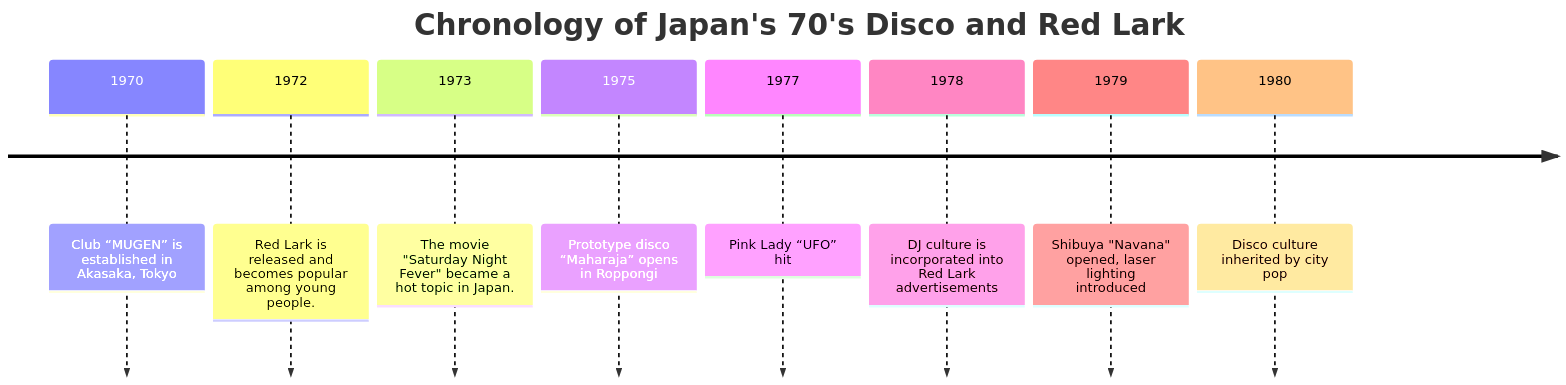
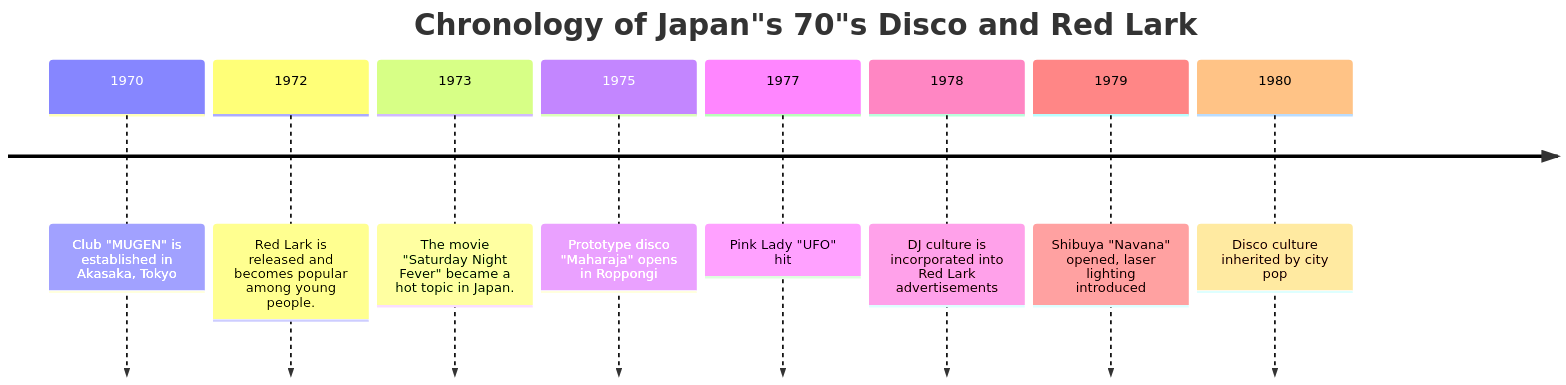
One commit to monumental-movement/monumental-movement.github.io changed the diagram in en/_posts/2025-11-01-column-1970s-disco-redlark.md. Above: the diagram before and after it, drawn with Mermaid. The commit also changed other lines of this file and 1697 other files, not shown here.

```diff
--- a/en/_posts/2025-11-01-column-1970s-disco-redlark.md
+++ b/en/_posts/2025-11-01-column-1970s-disco-redlark.md
@@ -121,14 +122,14 @@
 <div class="mermaid">
 
 timeline
-title Chronology of Japan's 70's Disco and Red Lark
-1970: Club “MUGEN” is established in Akasaka, Tokyo
+title Chronology of Japan"s 70"s Disco and Red Lark
+1970: Club "MUGEN" is established in Akasaka, Tokyo
 1972: Red Lark is released and becomes popular among young people.
 1973: The movie "Saturday Night Fever" became a hot topic in Japan.
-1975: Prototype disco “Maharaja” opens in Roppongi
-1977 : Pink Lady “UFO” hit
+1975: Prototype disco "Maharaja" opens in Roppongi
+1977 : Pink Lady "UFO" hit
 1978: DJ culture is incorporated into Red Lark advertisements
 1979: Shibuya "Navana" opened, laser lighting introduced
 1980: Disco culture inherited by city pop
 
 </div>
```
